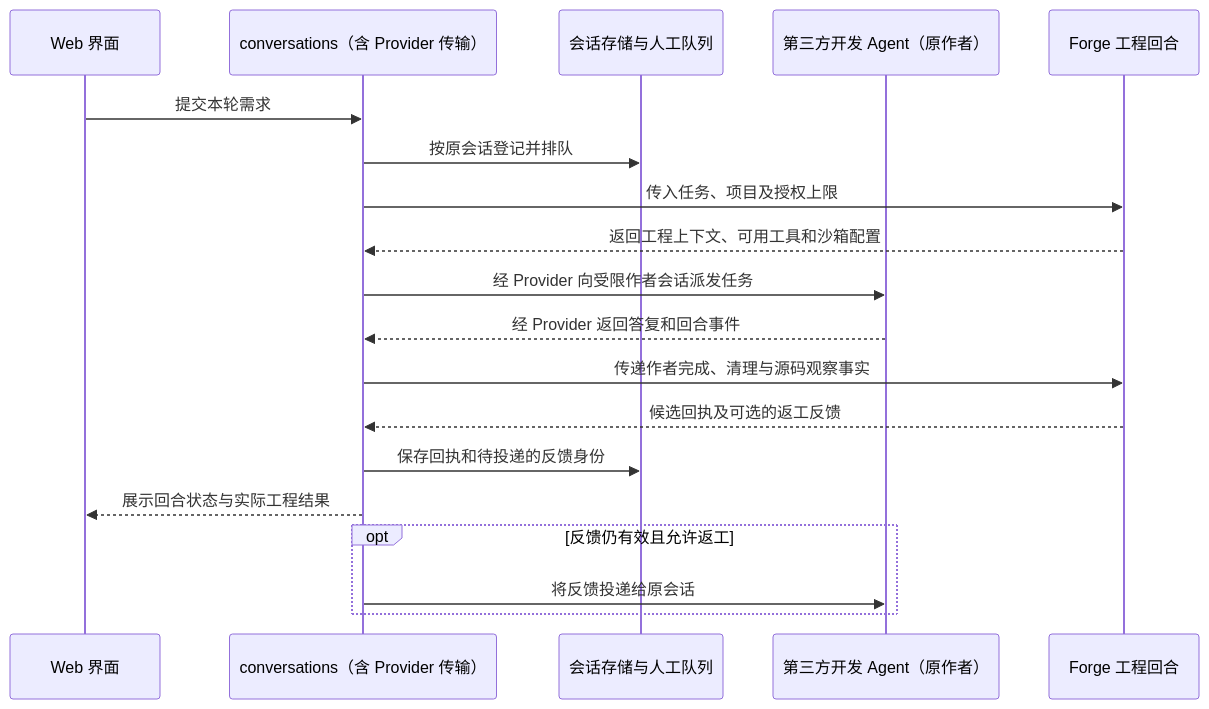
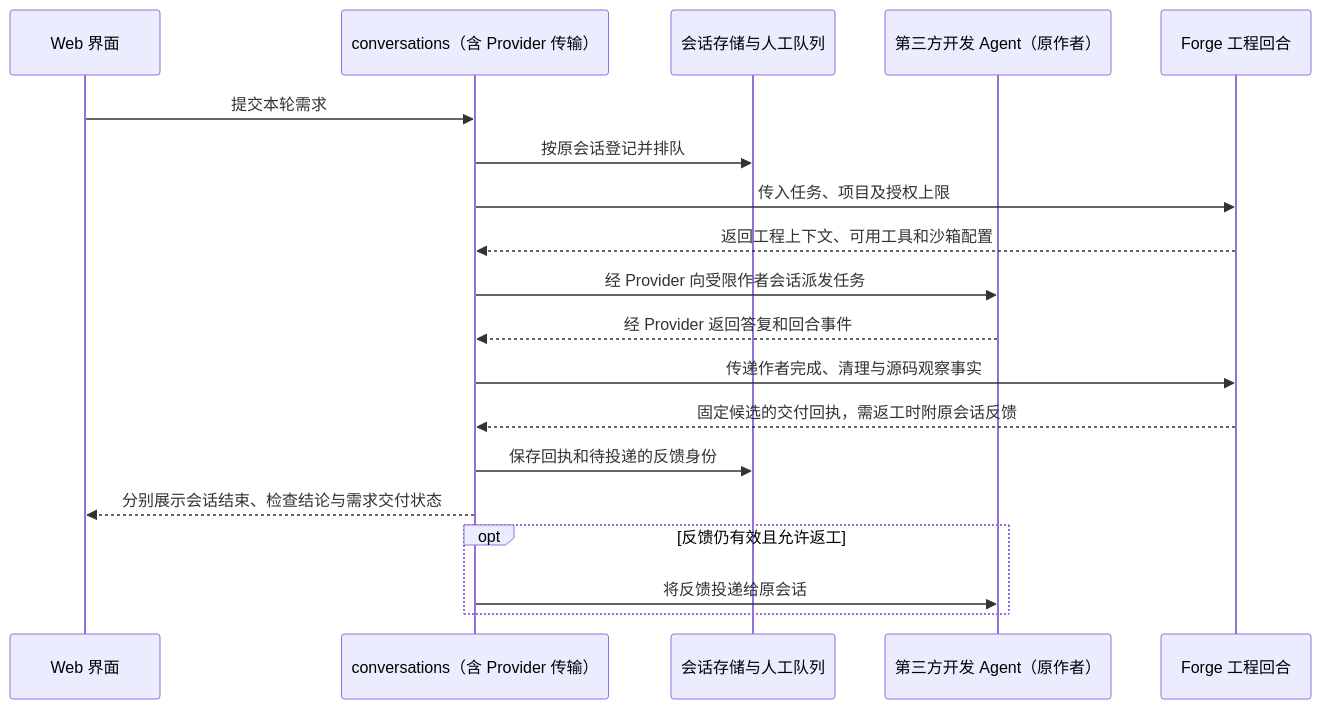
The seventh of 14 diagrams in docs/demiflow-architecture.md (vincent9299/demiflow), drawn with Mermaid before and after one commit. The commit also changed other lines of this file, not shown here.

Commit message:
Put inter-module contracts on sequence diagram messages

````diff
--- a/docs/demiflow-architecture.md
+++ b/docs/demiflow-architecture.md
@@ -283,21 +297,21 @@
 ```mermaid
 sequenceDiagram
     participant U as Web 界面
     participant C as conversations（含 Provider 传输）
     participant DB as 会话存储与人工队列
     participant A as 第三方开发 Agent（原作者）
     participant F as Forge 工程回合
     U->>C: 提交本轮需求
     C->>DB: 按原会话登记并排队
     C->>F: 传入任务、项目及授权上限
     F-->>C: 返回工程上下文、可用工具和沙箱配置
     C->>A: 经 Provider 向受限作者会话派发任务
     A-->>C: 经 Provider 返回答复和回合事件
     C->>F: 传递作者完成、清理与源码观察事实
-    F-->>C: 候选回执及可选的返工反馈
+    F-->>C: 固定候选的交付回执，需返工时附原会话反馈
     C->>DB: 保存回执和待投递的反馈身份
-    C-->>U: 展示回合状态与实际工程结果
+    C-->>U: 分别展示会话结束、检查结论与需求交付状态
     opt 反馈仍有效且允许返工
         C->>A: 将反馈投递给原会话
     end
 ```
````
